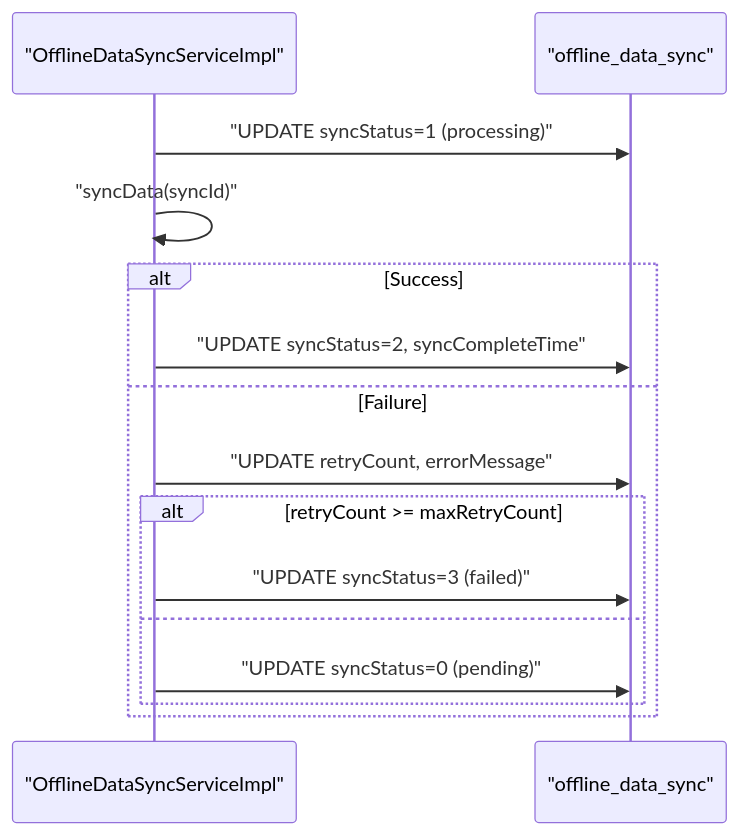
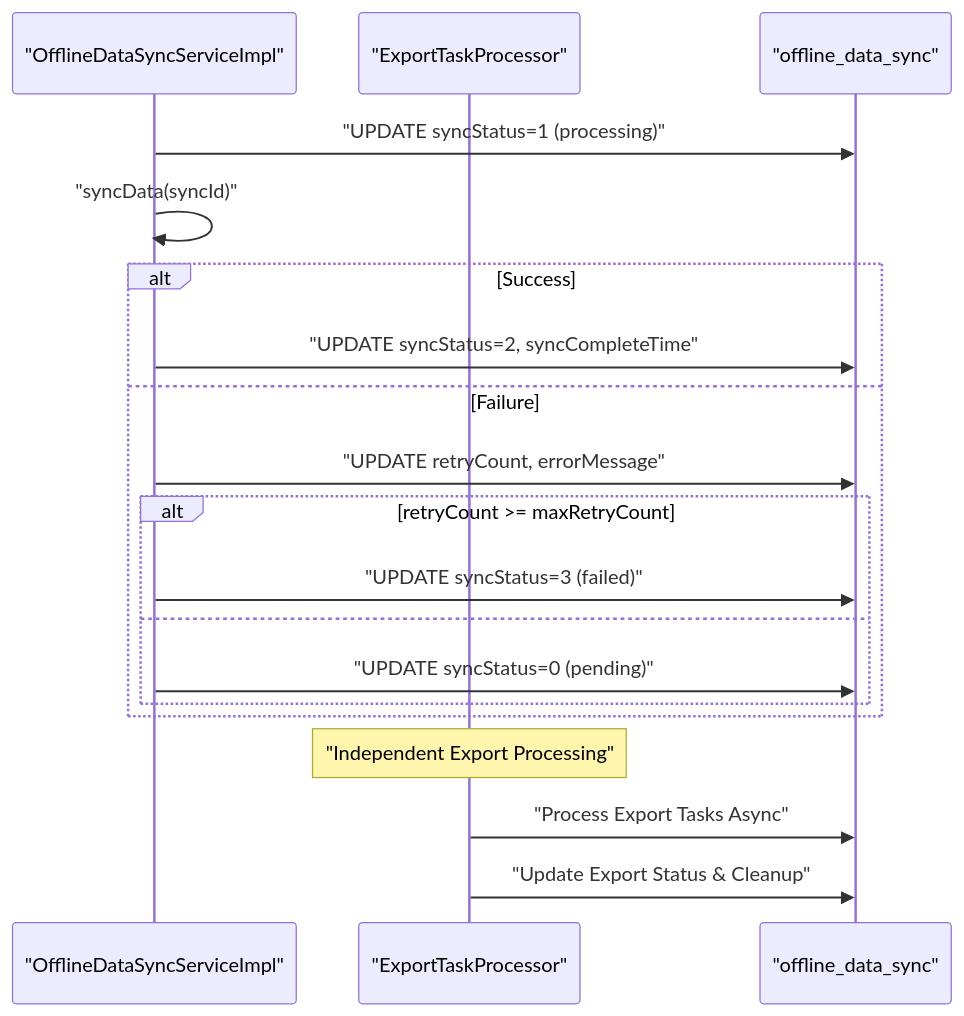
The seventh of 11 diagrams in .qoder/repowiki/en/content/Data Collection & Forms/Offline Data Synchronization.md (bo961386926/Survey-App), drawn with Mermaid before and after one commit. The commit also changed other lines of this file and 25 other files, not shown here.

````diff
--- a/.qoder/repowiki/en/content/Data Collection & Forms/Offline Data Synchronization.md
+++ b/.qoder/repowiki/en/content/Data Collection & Forms/Offline Data Synchronization.md
@@ -292,17 +327,21 @@
 ```mermaid
 sequenceDiagram
 participant Service as "OfflineDataSyncServiceImpl"
+participant Processor as "ExportTaskProcessor"
 participant DB as "offline_data_sync"
 Service->>DB : "UPDATE syncStatus=1 (processing)"
 Service->>Service : "syncData(syncId)"
 alt Success
 Service->>DB : "UPDATE syncStatus=2, syncCompleteTime"
 else Failure
 Service->>DB : "UPDATE retryCount, errorMessage"
 alt retryCount >= maxRetryCount
 Service->>DB : "UPDATE syncStatus=3 (failed)"
 else
 Service->>DB : "UPDATE syncStatus=0 (pending)"
 end
 end
+Note over Processor : "Independent Export Processing"
+Processor->>DB : "Process Export Tasks Async"
+Processor->>DB : "Update Export Status & Cleanup"
 ```
````
